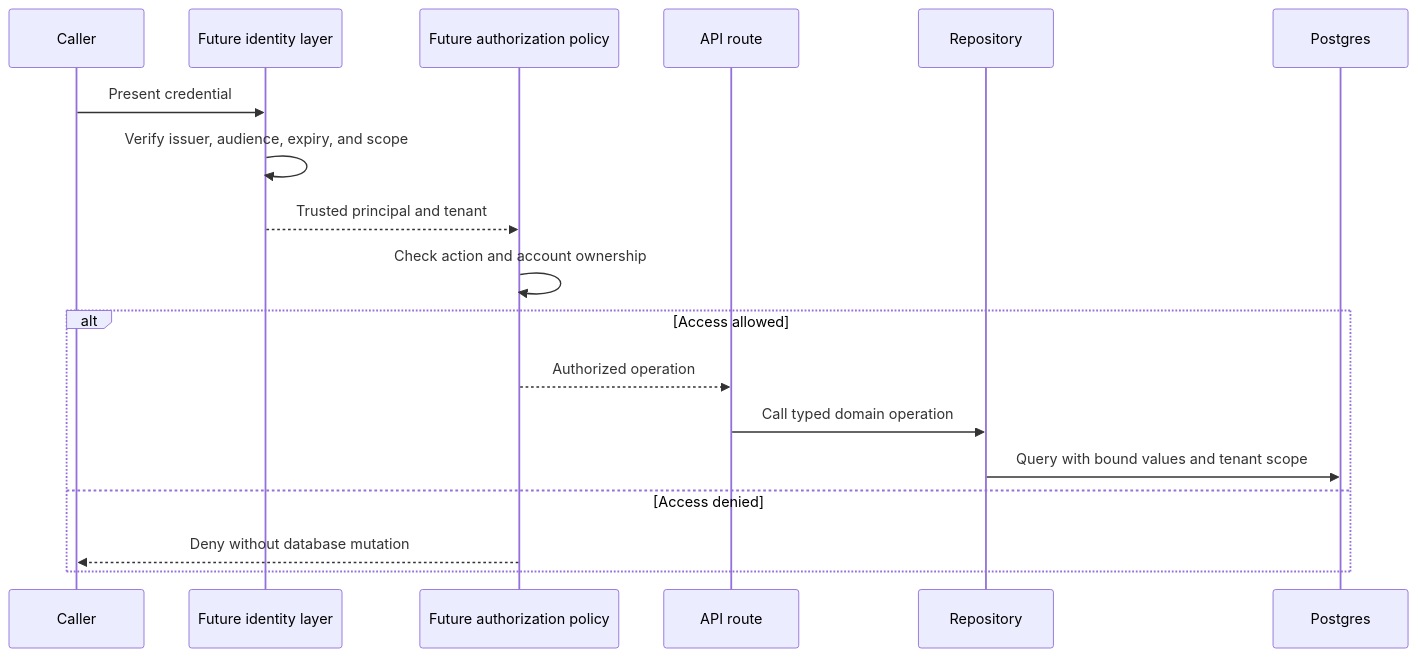
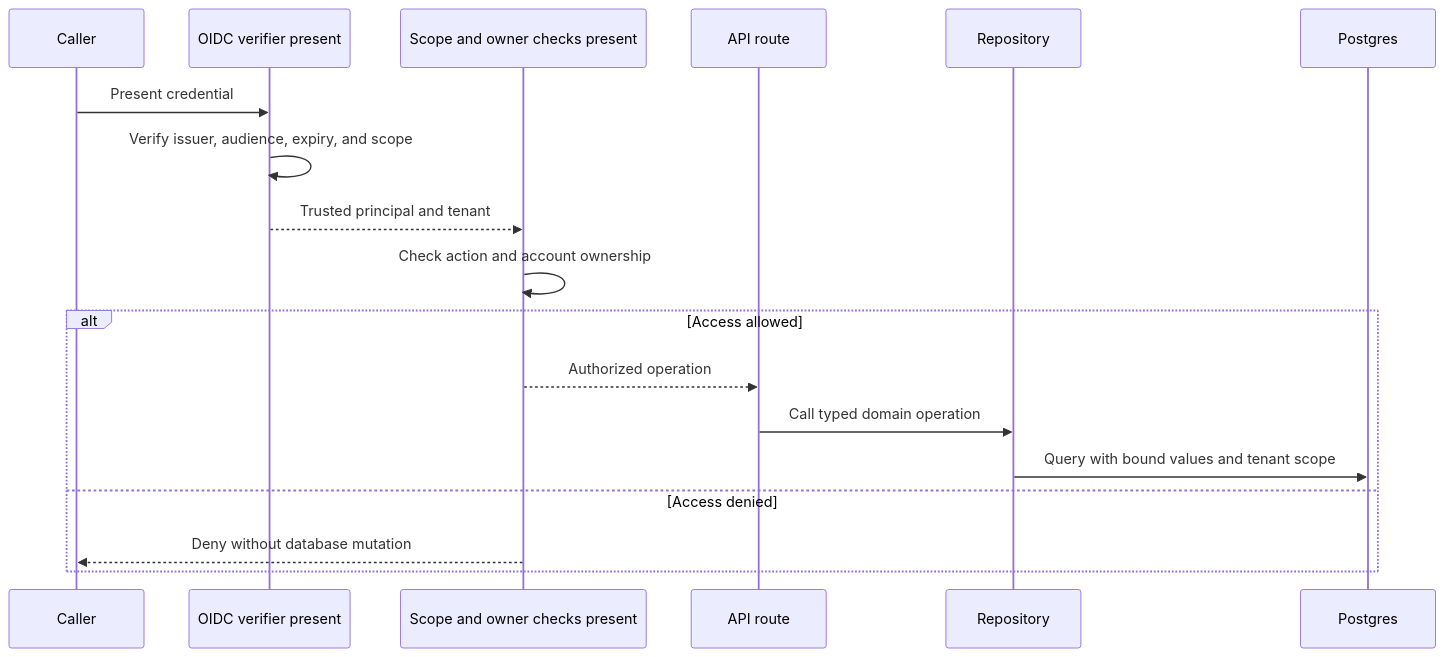
One commit to CodexEmmzy/OpenLedger changed the third of 7 diagrams in docs/security.md. Above: the diagram before and after it, drawn with Mermaid. The commit also changed other lines of this file and 13 other files, not shown here.

````diff
--- a/docs/security.md
+++ b/docs/security.md
@@ -99,20 +99,20 @@
 ```mermaid
 sequenceDiagram
     participant Caller as Caller
-    participant Auth as Future identity layer
-    participant Policy as Future authorization policy
+    participant Auth as OIDC verifier present
+    participant Policy as Scope and owner checks present
     participant API as API route
     participant Repo as Repository
     participant DB as Postgres
     Caller->>Auth: Present credential
     Auth->>Auth: Verify issuer, audience, expiry, and scope
     Auth-->>Policy: Trusted principal and tenant
     Policy->>Policy: Check action and account ownership
     alt Access allowed
         Policy-->>API: Authorized operation
         API->>Repo: Call typed domain operation
         Repo->>DB: Query with bound values and tenant scope
     else Access denied
         Policy-->>Caller: Deny without database mutation
     end
 ```
````
